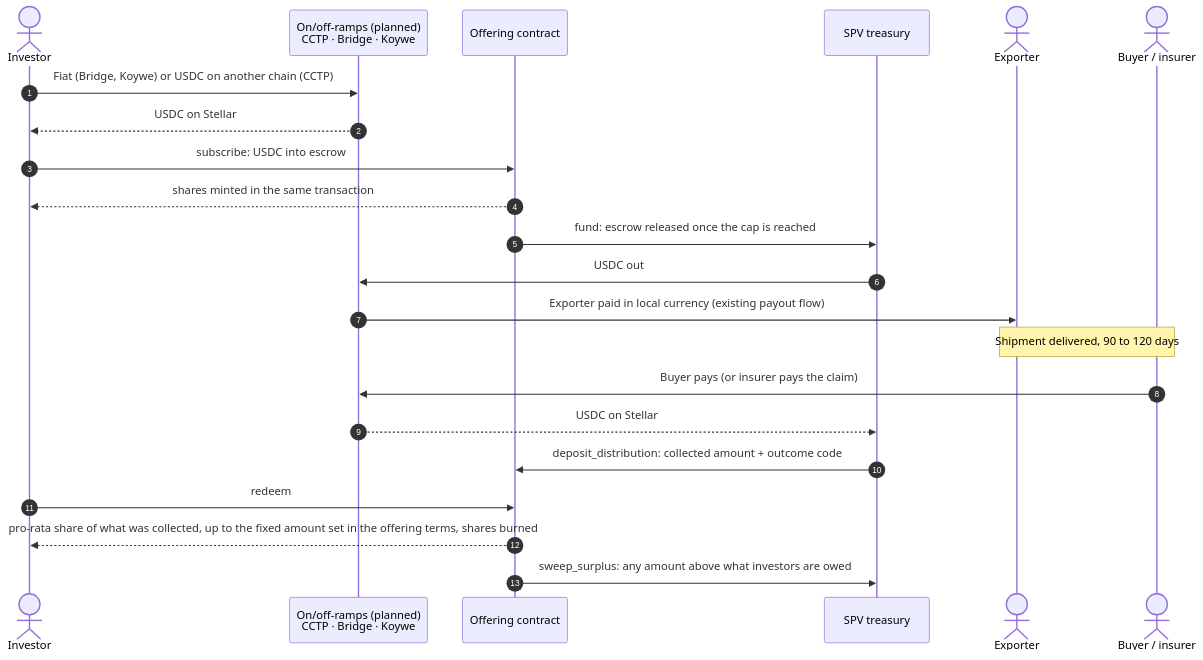
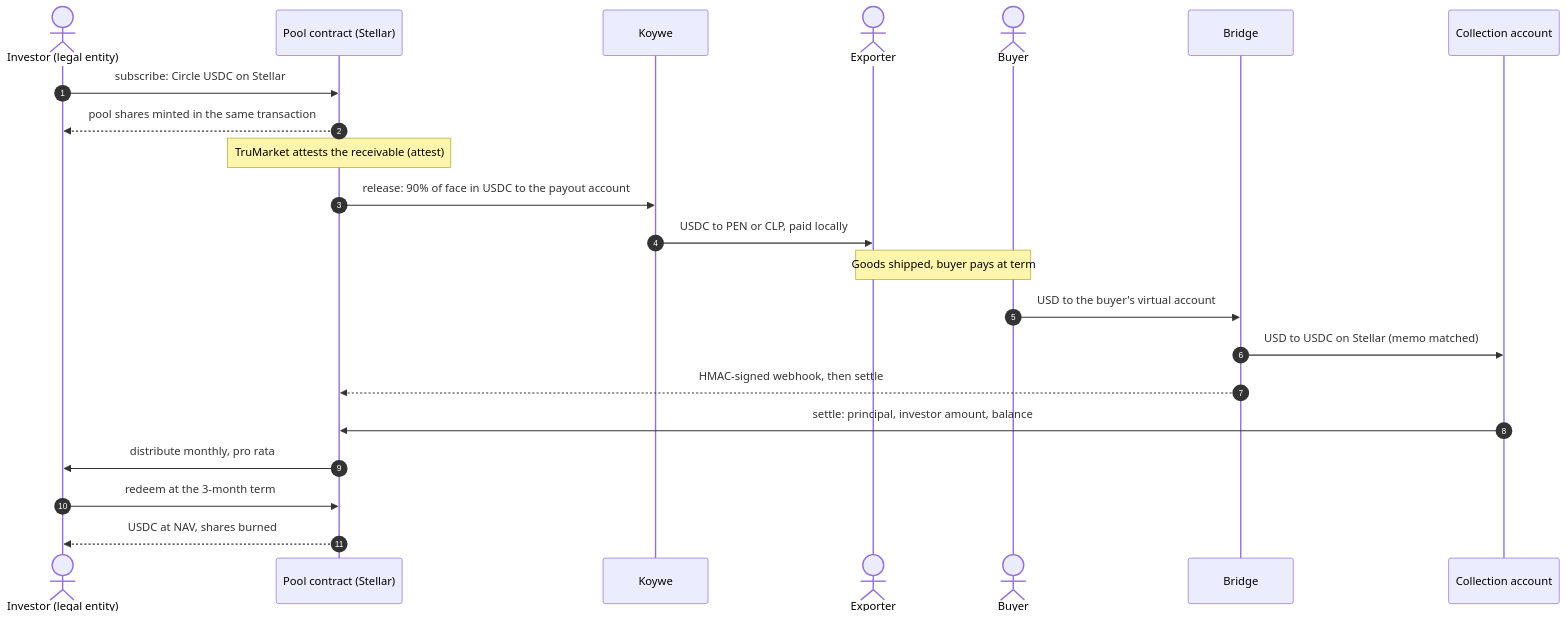
The diagram in docs/figures/money-flow.mmd (AgroSmart-Contracts/Proof-Of-Trading), drawn with Mermaid before and after one commit. The commit also changed 17 other files, not shown here.

Commit message:
docs(figures): pool model figures (pilot structure, money flow, waterfall, receivable lifecycle, before/after, build plan); architecture leads with the pilot

```diff
--- a/docs/figures/money-flow.mmd
+++ b/docs/figures/money-flow.mmd
@@ -1,24 +1,24 @@
-%% Money flow for one offering. Ramps are planned (SCF roadmap), not integrated on testnet.
+%% Money flow for one pool receivable (design, Tranche 2). Circle USDC is the USD rail; nothing is bridged.
 sequenceDiagram
   autonumber
-  actor Inv as Investor
-  participant Ramp as On/off-ramps (planned)<br/>CCTP · Bridge · Koywe
-  participant OC as Offering contract
-  participant SPV as SPV treasury
+  actor Inv as Investor (legal entity)
+  participant PC as Pool contract (Stellar)
+  participant Koy as Koywe
   actor Exp as Exporter
-  actor Buy as Buyer / insurer
+  actor Buy as Buyer
+  participant Br as Bridge
+  participant Col as Collection account
 
-  Inv->>Ramp: Fiat (Bridge, Koywe) or USDC on another chain (CCTP)
-  Ramp-->>Inv: USDC on Stellar
-  Inv->>OC: subscribe: USDC into escrow
-  OC-->>Inv: shares minted in the same transaction
-  OC->>SPV: fund: escrow released once the cap is reached
-  SPV->>Ramp: USDC out
-  Ramp->>Exp: Exporter paid in local currency (existing payout flow)
-  Note over Exp,Buy: Shipment delivered, 90 to 120 days
-  Buy->>Ramp: Buyer pays (or insurer pays the claim)
-  Ramp-->>SPV: USDC on Stellar
-  SPV->>OC: deposit_distribution: collected amount + outcome code
-  Inv->>OC: redeem
-  OC-->>Inv: pro-rata share of what was collected, up to the fixed amount set in the offering terms, shares burned
-  OC->>SPV: sweep_surplus: any amount above what investors are owed
+  Inv->>PC: subscribe: Circle USDC on Stellar
+  PC-->>Inv: pool shares minted in the same transaction
+  Note over PC: TruMarket attests the receivable (attest)
+  PC->>Koy: release: 90% of face in USDC to the payout account
+  Koy->>Exp: USDC to PEN or CLP, paid locally
+  Note over Exp,Buy: Goods shipped, buyer pays at term
+  Buy->>Br: USD to the buyer's virtual account
+  Br->>Col: USD to USDC on Stellar (memo matched)
+  Br-->>PC: HMAC-signed webhook, then settle
+  Col->>PC: settle: principal, investor amount, balance
+  PC->>Inv: distribute monthly, pro rata
+  Inv->>PC: redeem at the 3-month term
+  PC-->>Inv: USDC at NAV, shares burned
```
